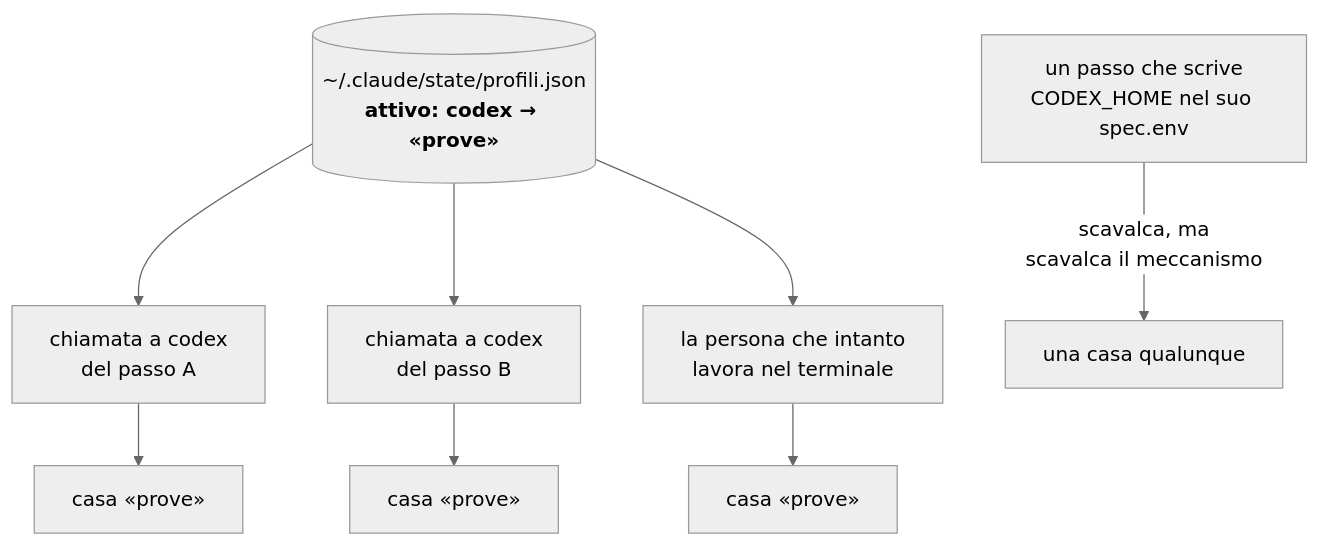
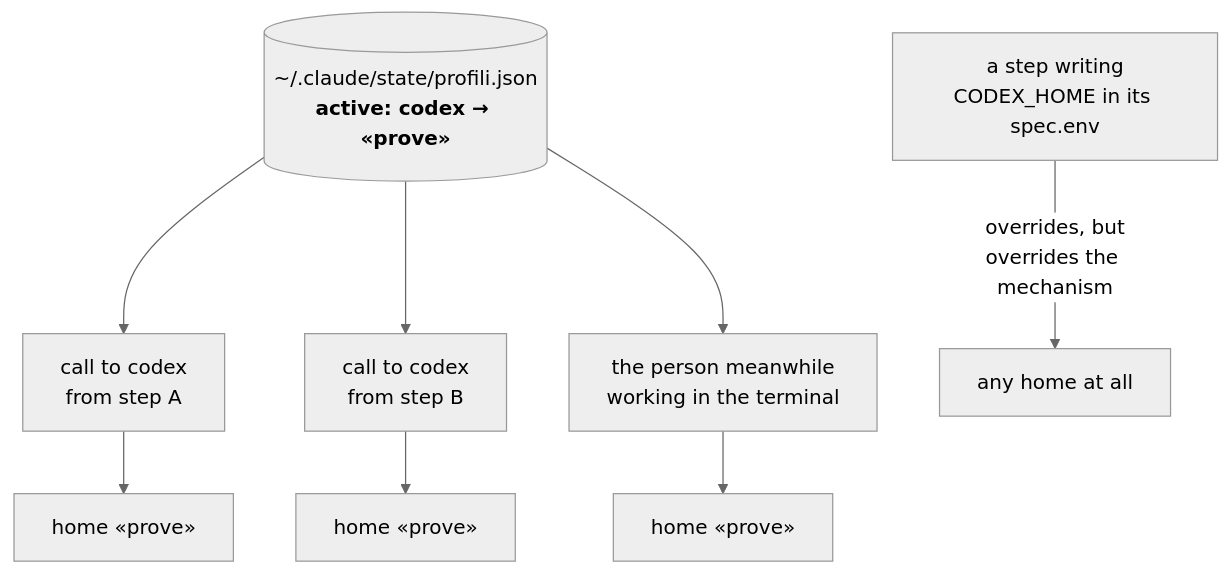
One commit to SIRTHEO/sailor changed the fourth of 6 diagrams in docs/how-credentials-reach-the-engines.md. Above: the diagram before and after it, drawn with Mermaid (neutral theme). The commit also changed other lines of this file, not shown here.

````diff
--- a/docs/how-credentials-reach-the-engines.md
+++ b/docs/how-credentials-reach-the-engines.md
@@ -92,11 +93,11 @@
 ```mermaid
 flowchart TD
-    ST[("~/.claude/state/profili.json<br/><b>attivo: codex → «prove»</b>")]
-    ST --> C1["chiamata a codex<br/>del passo A"]
-    ST --> C2["chiamata a codex<br/>del passo B"]
-    ST --> C3["la persona che intanto<br/>lavora nel terminale"]
-    C1 --> R1["casa «prove»"]
-    C2 --> R2["casa «prove»"]
-    C3 --> R3["casa «prove»"]
-    P["un passo che scrive<br/>CODEX_HOME nel suo spec.env"] -->|"scavalca, ma<br/>scavalca il meccanismo"| R4["una casa qualunque"]
+    ST[("~/.claude/state/profili.json<br/><b>active: codex → «prove»</b>")]
+    ST --> C1["call to codex<br/>from step A"]
+    ST --> C2["call to codex<br/>from step B"]
+    ST --> C3["the person meanwhile<br/>working in the terminal"]
+    C1 --> R1["home «prove»"]
+    C2 --> R2["home «prove»"]
+    C3 --> R3["home «prove»"]
+    P["a step writing<br/>CODEX_HOME in its spec.env"] -->|"overrides, but<br/>overrides the mechanism"| R4["any home at all"]
 ```
````
